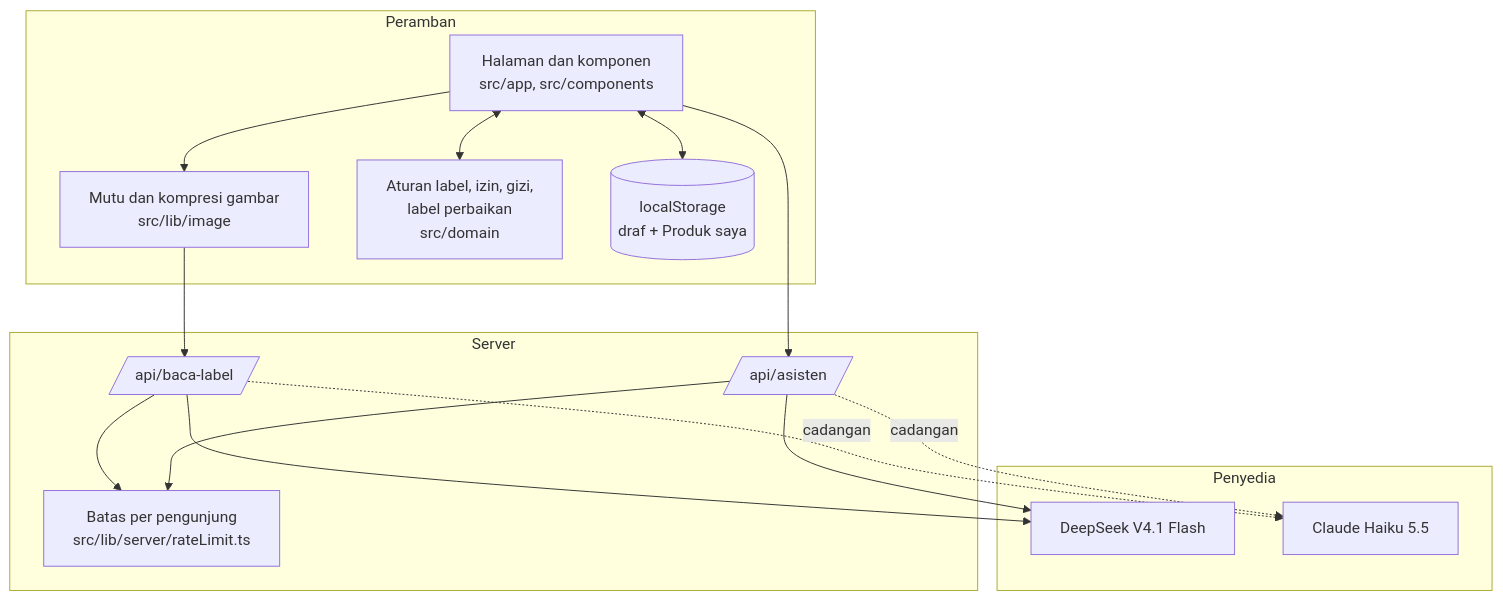
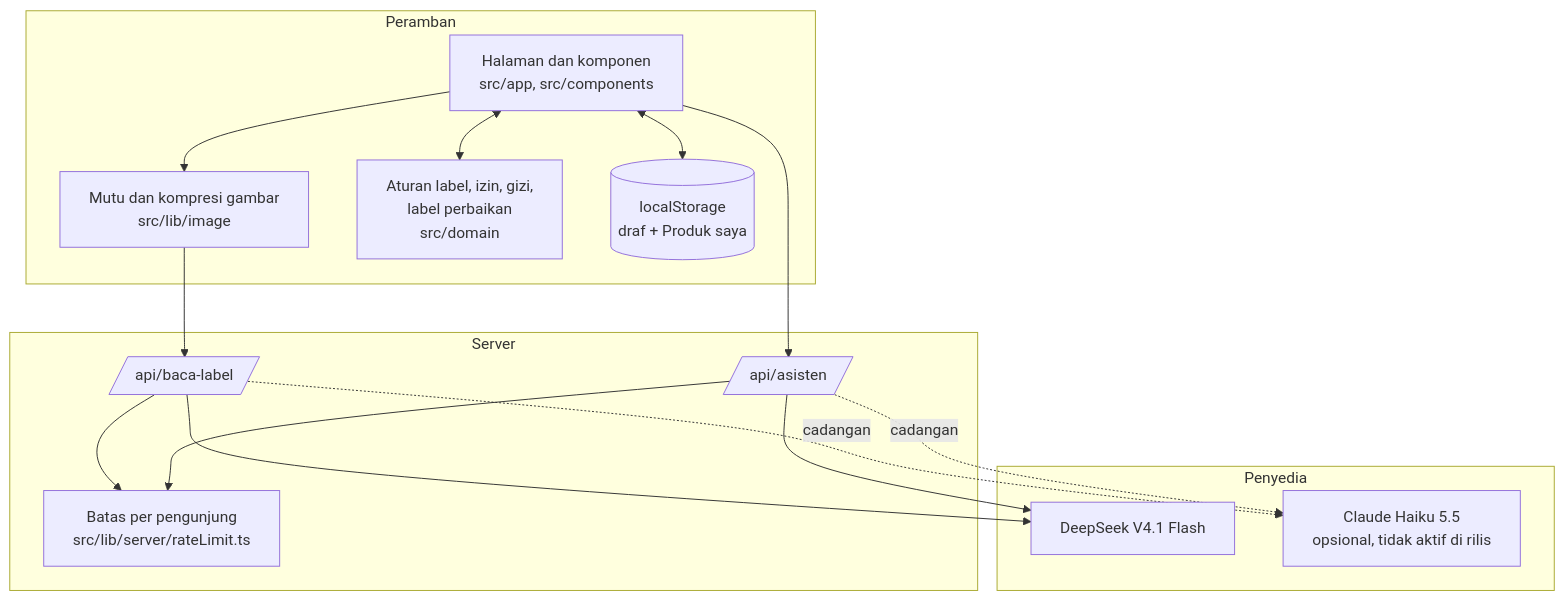
The diagram in docs/arsitektur.md (astrorehan/tilik-label), drawn with Mermaid before and after one commit. The commit also changed other lines of this file and 4 other files, not shown here.

````diff
--- a/docs/arsitektur.md
+++ b/docs/arsitektur.md
@@ -7,28 +7,28 @@
 ```mermaid
 flowchart TB
   subgraph Peramban
     UI[Halaman dan komponen<br/>src/app, src/components]
     IMG[Mutu dan kompresi gambar<br/>src/lib/image]
     DOM[Aturan label, izin, gizi,<br/>label perbaikan<br/>src/domain]
     LS[(localStorage<br/>draf + Produk saya)]
   end
   subgraph Server
     BACA[/api/baca-label/]
     TANYA[/api/asisten/]
     RL[Batas per pengunjung<br/>src/lib/server/rateLimit.ts]
   end
   subgraph Penyedia
     DS[DeepSeek V4.1 Flash]
-    HK[Claude Haiku 5.5]
+    HK[Claude Haiku 5.5<br/>opsional, tidak aktif di rilis]
   end
   UI --> IMG --> BACA
   UI <--> DOM
   UI <--> LS
   UI --> TANYA
   BACA --> RL
   TANYA --> RL
   BACA --> DS
   BACA -.cadangan.-> HK
   TANYA --> DS
   TANYA -.cadangan.-> HK
 ```
````
